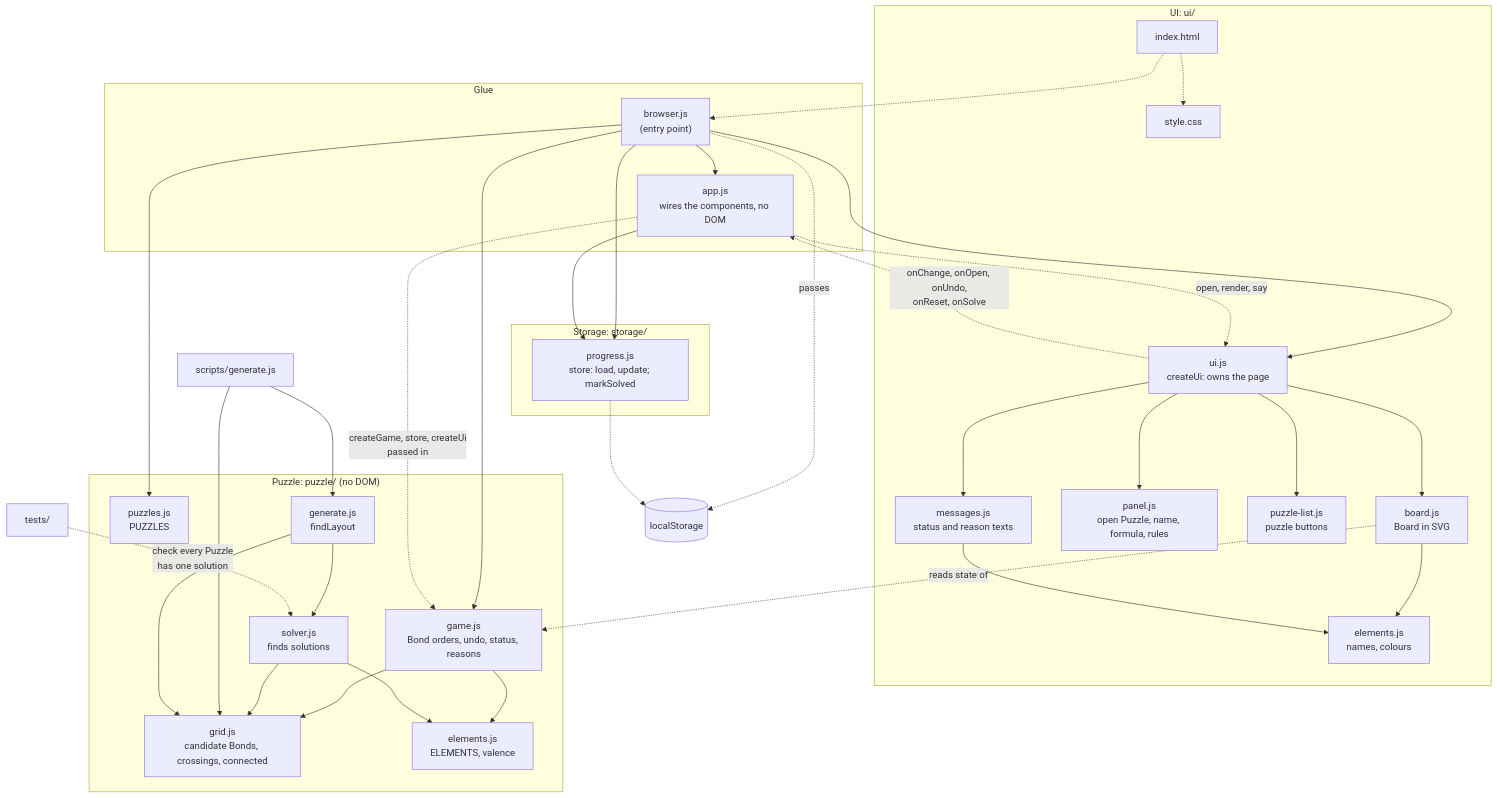
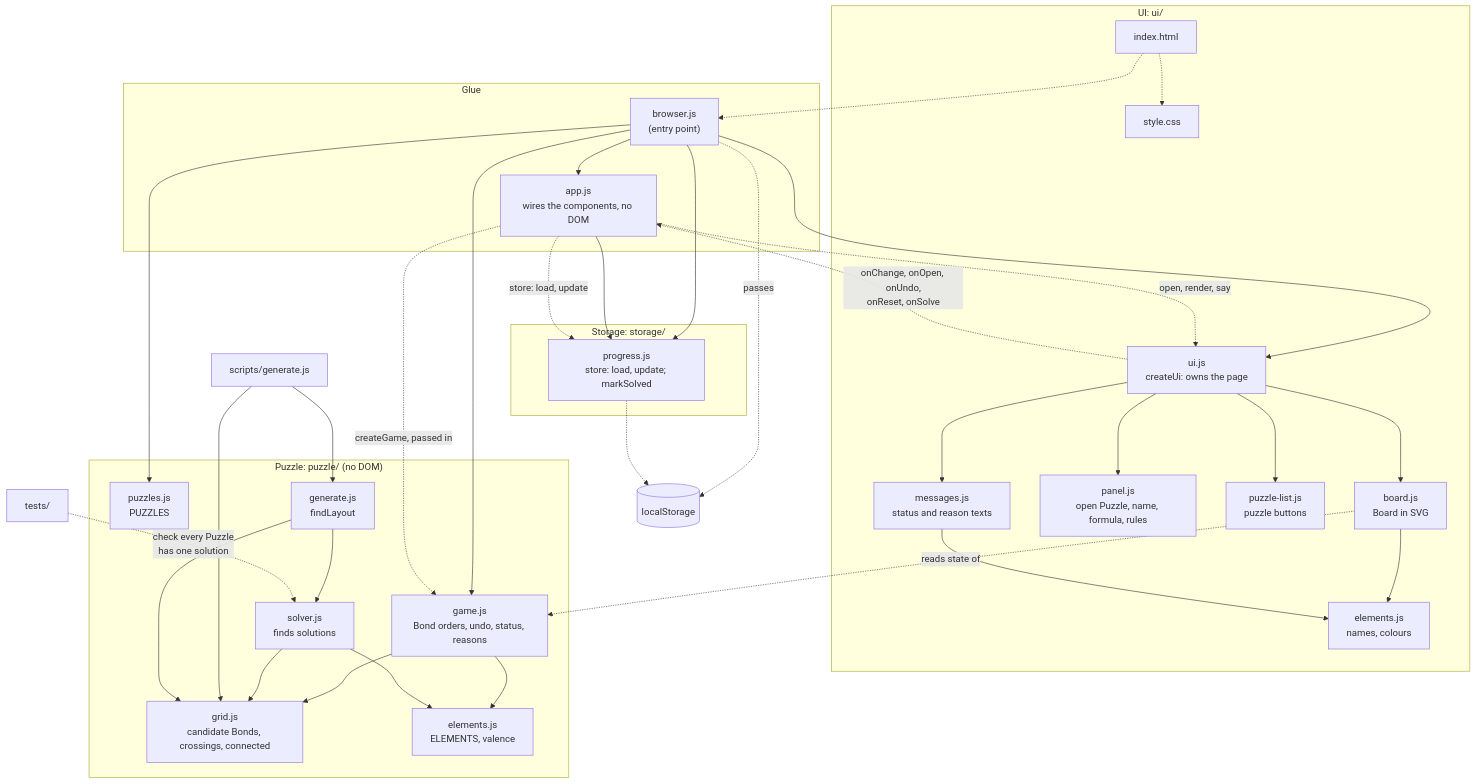
The diagram in README.md (treetopbottle/molecuzzle), drawn with Mermaid before and after one commit. The commit also changed other lines of this file and 1 other file, not shown here.

Commit message:
docs: the store's calls in the diagram, app.test.js in the README, and 0007's wording (review of step 8)

````diff
--- a/README.md
+++ b/README.md
@@ -54,70 +54,71 @@
 ```mermaid
 flowchart TD
   subgraph glue["Glue"]
     browser["browser.js<br/>(entry point)"]
     app["app.js<br/>wires the components, no DOM"]
   end
 
   subgraph ui["UI: ui/"]
     html["index.html"]
     css["style.css"]
     uijs["ui.js<br/>createUi: owns the page"]
     board["board.js<br/>Board in SVG"]
     panel["panel.js<br/>open Puzzle, name, formula, rules"]
     list["puzzle-list.js<br/>puzzle buttons"]
     messages["messages.js<br/>status and reason texts"]
     looks["elements.js<br/>names, colours"]
   end
 
   subgraph puzzle["Puzzle: puzzle/ (no DOM)"]
     puzzles["puzzles.js<br/>PUZZLES"]
     game["game.js<br/>Bond orders, undo, status, reasons"]
     grid["grid.js<br/>candidate Bonds, crossings, connected"]
     solver["solver.js<br/>finds solutions"]
     gen["generate.js<br/>findLayout"]
     elements["elements.js<br/>ELEMENTS, valence"]
   end
 
   subgraph storage["Storage: storage/"]
     progress["progress.js<br/>store: load, update; markSolved"]
   end
 
   local[("localStorage")]
   generate["scripts/generate.js"]
   tests["tests/"]
 
   html -.-> css
   html -.-> browser
   browser --> app
   browser --> puzzles
   browser --> game
   browser --> progress
   browser --> uijs
   browser -. "passes" .-> local
 
   app --> progress
-  app -. "createGame, store, createUi<br/>passed in" .-> game
+  app -. "createGame, passed in" .-> game
+  app -. "store: load, update" .-> progress
   app -. "open, render, say" .-> uijs
   uijs -. "onChange, onOpen, onUndo,<br/>onReset, onSolve" .-> app
 
   uijs --> board
   uijs --> panel
   uijs --> list
   uijs --> messages
   board --> looks
   messages --> looks
   board -. "reads state of" .-> game
 
   game --> elements
   game --> grid
   solver --> elements
   solver --> grid
 
   progress -.-> local
 
   generate --> gen
   generate --> grid
   gen --> grid
   gen --> solver
   tests -. "check every Puzzle<br/>has one solution" .-> solver
 ```
````
